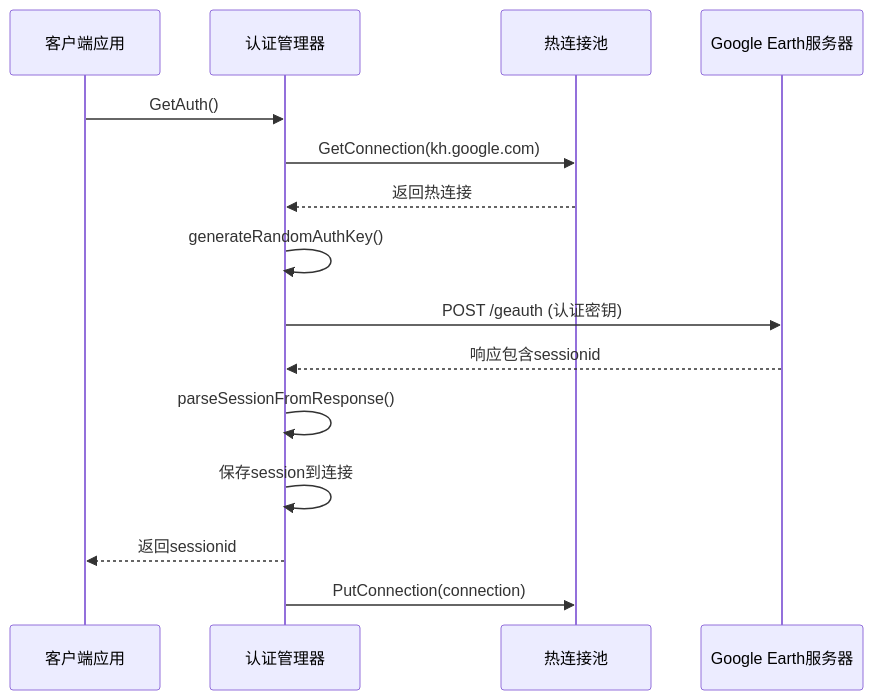
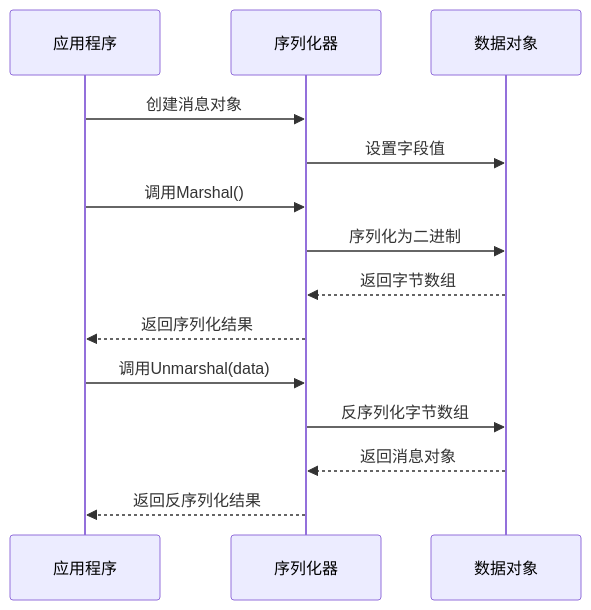
One commit to vistone/crawler-platform changed the fourth of 5 diagrams in .qoder/repowiki/zh/content/核心功能/Google Earth 用户代理.md. Above: the diagram before and after it, drawn with Mermaid. The commit also changed other lines of this file and 40 other files, not shown here.

````diff
--- a/.qoder/repowiki/zh/content/核心功能/Google Earth 用户代理.md
+++ b/.qoder/repowiki/zh/content/核心功能/Google Earth 用户代理.md
@@ -206,17 +212,16 @@
 ```mermaid
 sequenceDiagram
-participant Client as 客户端应用
-participant Auth as 认证管理器
-participant Pool as 热连接池
-participant Server as Google Earth服务器
-Client->>Auth : GetAuth()
-Auth->>Pool : GetConnection(kh.google.com)
-Pool-->>Auth : 返回热连接
-Auth->>Auth : generateRandomAuthKey()
-Auth->>Server : POST /geauth (认证密钥)
-Server-->>Auth : 响应包含sessionid
-Auth->>Auth : parseSessionFromResponse()
-Auth->>Auth : 保存session到连接
-Auth-->>Client : 返回sessionid
-Auth->>Pool : PutConnection(connection)
+participant App as 应用程序
+participant Serializer as 序列化器
+participant Data as 数据对象
+App->>Serializer : 创建消息对象
+Serializer->>Data : 设置字段值
+App->>Serializer : 调用Marshal()
+Serializer->>Data : 序列化为二进制
+Data-->>Serializer : 返回字节数组
+Serializer-->>App : 返回序列化结果
+App->>Serializer : 调用Unmarshal(data)
+Serializer->>Data : 反序列化字节数组
+Data-->>Serializer : 返回消息对象
+Serializer-->>App : 返回反序列化结果
 ```
````
